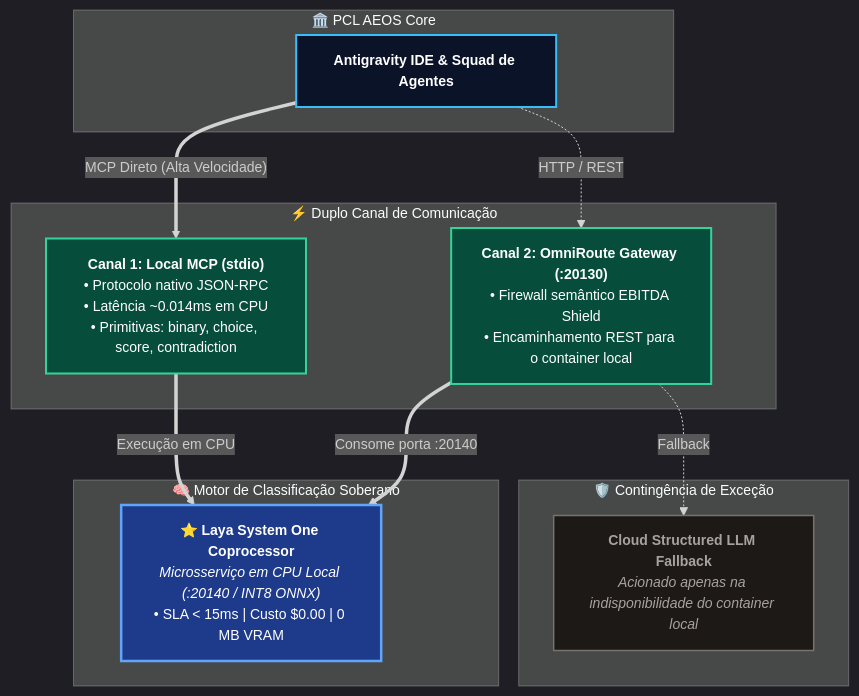
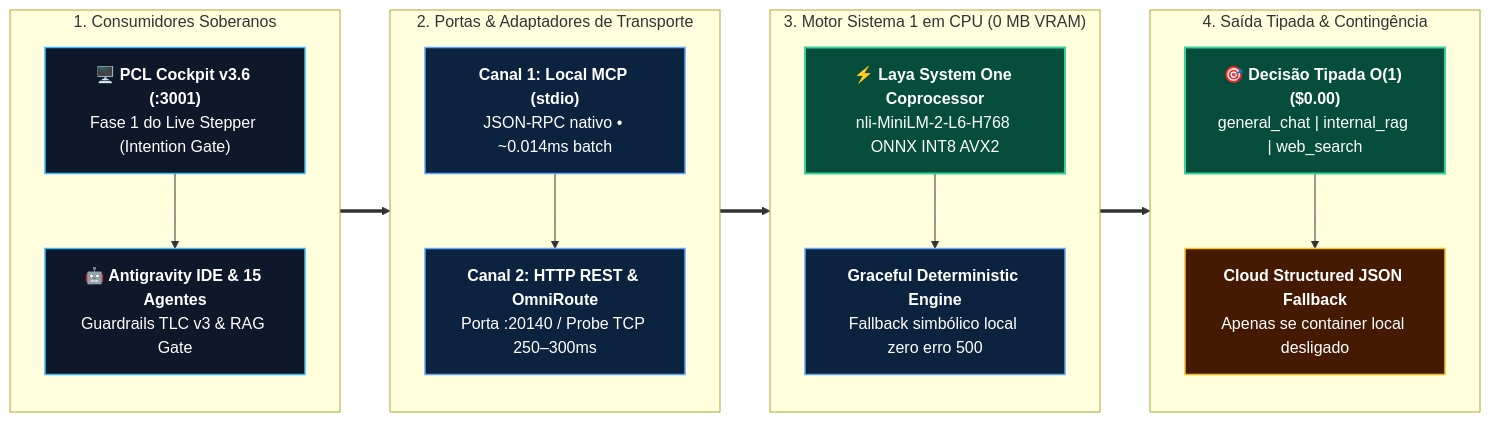
Before and after one commit to EnterDufter/PromptCoreLabs_AEOS: the diagram in specs/pcl-aeos-evolution/spec-pcl-aeos-classifier-engine.md, drawn with Mermaid. The commit also changed other lines of this file and 34 other files, not shown here.

First line of the commit message:
docs(aeos-v3.6): upgrade complete repository & Living Architecture portal with pure UTF-8, Dual-Track narrative & Cortex v7 diagrams

````diff
--- a/specs/pcl-aeos-evolution/spec-pcl-aeos-classifier-engine.md
+++ b/specs/pcl-aeos-evolution/spec-pcl-aeos-classifier-engine.md
@@ -18,36 +20,37 @@
 ```mermaid
-%%{init: {'theme': 'dark', 'themeVariables': { 'fontSize': '14px', 'fontFamily': 'Inter, sans-serif' }}}%%
-flowchart TD
-    subgraph Core["🏛️ PCL AEOS Core"]
-        IDE["<b>Antigravity IDE & Squad de Agentes</b>"]
+flowchart LR
+    classDef core fill:#0f172a,stroke:#38bdf8,stroke-width:1.5px,color:#ffffff;
+    classDef canal fill:#0c2340,stroke:#60a5fa,stroke-width:1.5px,color:#ffffff;
+    classDef laya fill:#064e3b,stroke:#34d399,stroke-width:2px,color:#ffffff;
+    classDef fall fill:#451a03,stroke:#fbbf24,stroke-width:1.5px,color:#ffffff;
+
+    subgraph Clientes ["1. Consumidores Soberanos"]
+        direction TB
+        Cockpit["<b>🖥️ PCL Cockpit v3.6 (:3001)</b><br/>Fase 1 do Live Stepper (Intention Gate)"]:::core
+        IDE["<b>🤖 Antigravity IDE & 15 Agentes</b><br/>Guardrails TLC v3 & RAG Gate"]:::core
+        Cockpit --> IDE
     end
 
-    subgraph Canais["⚡ Duplo Canal de Comunicação"]
-        Canal1["<b>Canal 1: Local MCP (stdio)</b><br/>• Protocolo nativo JSON-RPC<br/>• Latência ~0.014ms em CPU<br/>• Primitivas: binary, choice, score, contradiction"]
-        Canal2["<b>Canal 2: OmniRoute Gateway (:20130)</b><br/>• Firewall semântico EBITDA Shield<br/>• Encaminhamento REST para o container local"]
+    subgraph Canais ["2. Portas & Adaptadores de Transporte"]
+        direction TB
+        CanalMCP["<b>Canal 1: Local MCP (stdio)</b><br/>JSON-RPC nativo • ~0.014ms batch"]:::canal
+        CanalREST["<b>Canal 2: HTTP REST & OmniRoute</b><br/>Porta :20140 / Probe TCP 250–300ms"]:::canal
+        CanalMCP --> CanalREST
     end
 
-    subgraph Engine["🧠 Motor de Classificação Soberano"]
-        LayaCore["<b>⭐ Laya System One Coprocessor</b><br/><i>Microsserviço em CPU Local (:20140 / INT8 ONNX)</i><br/>• SLA &lt; 15ms | Custo $0.00 | 0 MB VRAM"]
+    subgraph Motor ["3. Motor Sistema 1 em CPU (0 MB VRAM)"]
+        direction TB
+        LayaCore["<b>⚡ Laya System One Coprocessor</b><br/>nli-MiniLM-2-L6-H768 ONNX INT8 AVX2"]:::laya
+        Symbolic["<b>Graceful Deterministic Engine</b><br/>Fallback simbólico local zero erro 500"]:::canal
+        LayaCore --> Symbolic
     end
 
-    subgraph Fallback["🛡️ Contingência de Exceção"]
-        CloudFallback["<b>Cloud Structured LLM Fallback</b><br/><i>Acionado apenas na indisponibilidade do container local</i>"]
+    subgraph Contingencia ["4. Saída Tipada & Contingência"]
+        direction TB
+        TypedOut["<b>🎯 Decisão Tipada O(1) ($0.00)</b><br/>general_chat | internal_rag | web_search"]:::laya
+        CloudFall["<b>Cloud Structured JSON Fallback</b><br/>Apenas se container local desligado"]:::fall
+        TypedOut --> CloudFall
     end
 
-    IDE ==>|"MCP Direto (Alta Velocidade)"| Canal1
-    IDE -.->|"HTTP / REST"| Canal2
-    Canal1 ==>|"Execução em CPU"| LayaCore
-    Canal2 ==>|"Consome porta :20140"| LayaCore
-    Canal2 -.->|"Fallback"| CloudFallback
-
-    classDef core fill:#0b1329,stroke:#38bdf8,stroke-width:2px,color:#fff;
-    classDef canal fill:#064e3b,stroke:#34d399,stroke-width:2px,color:#fff;
-    classDef laya fill:#1e3a8a,stroke:#60a5fa,stroke-width:2.5px,color:#fff;
-    classDef fallback fill:#1c1917,stroke:#78716c,stroke-width:1.5px,color:#a8a29e;
-
-    class IDE core;
-    class Canal1,Canal2 canal;
-    class LayaCore laya;
-    class CloudFallback fallback;
+    Clientes ==> Canais ==> Motor ==> Contingencia
 ```
````
